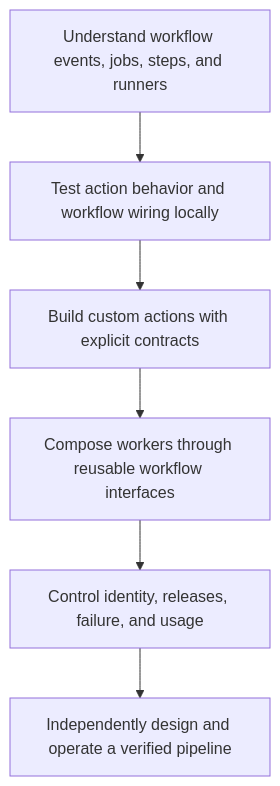
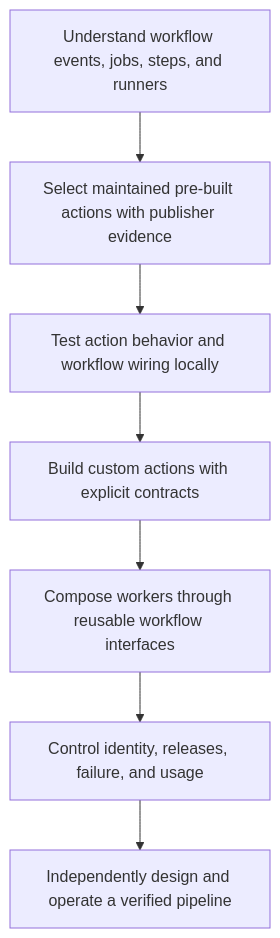
The diagram in docs/lessons/teaching-guide.md (Rohit1024/actions-learn), drawn with Mermaid before and after one commit. The commit also changed other lines of this file and 40 other files, not shown here.

Commit message:
Add pre-built action selection and custom action creation modules

````diff
--- a/docs/lessons/teaching-guide.md
+++ b/docs/lessons/teaching-guide.md
@@ -30,8 +30,9 @@
 ```mermaid
 flowchart TD
-    Workflow["Understand workflow events, jobs, steps, and runners"] --> Local["Test action behavior and workflow wiring locally"]
+    Workflow["Understand workflow events, jobs, steps, and runners"] --> Reuse["Select maintained pre-built actions with publisher evidence"]
+    Reuse --> Local["Test action behavior and workflow wiring locally"]
     Local --> Author["Build custom actions with explicit contracts"]
     Author --> Composer["Compose workers through reusable workflow interfaces"]
     Composer --> Operator["Control identity, releases, failure, and usage"]
     Operator --> Orchestrator["Independently design and operate a verified pipeline"]
 ```
````
